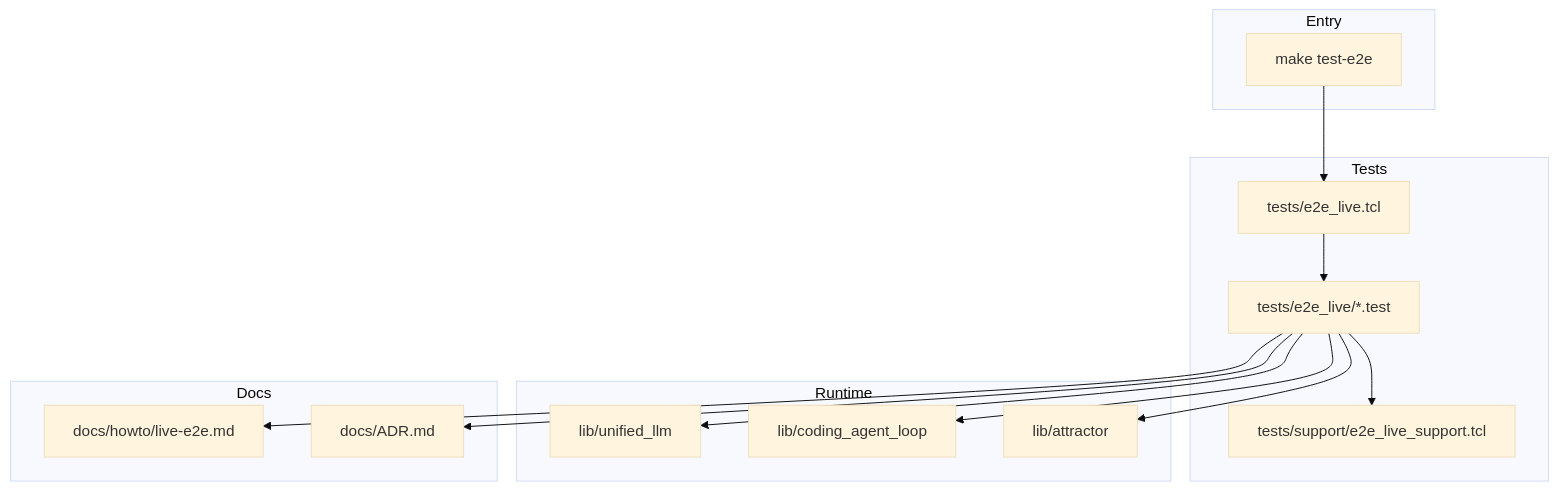
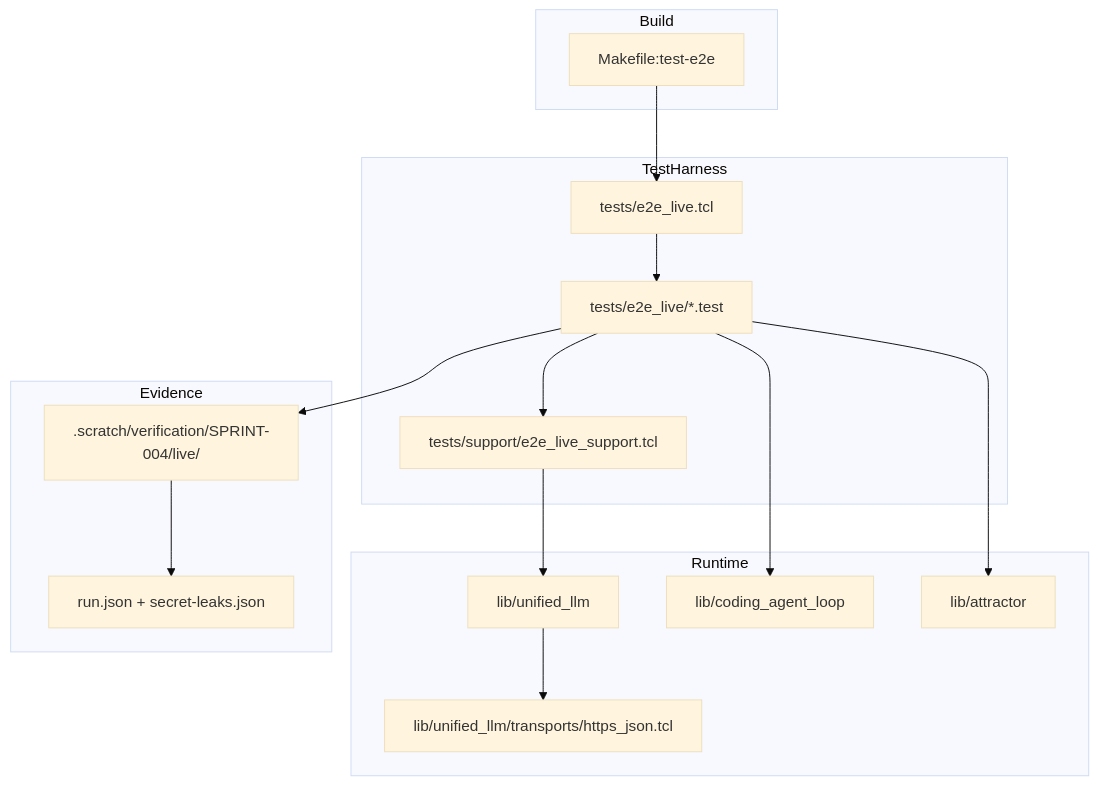
One commit to jaytaylor/attractor-tcl changed the fifth of 5 diagrams in docs/sprints/SPRINT-004-comprehensive-implementation-plan.md. Above: the diagram before and after it, drawn with Mermaid (base theme). The commit also changed other lines of this file, not shown here.

Commit message:
docs: sync sprint 004 comprehensive plan with final verification evidence

````diff
--- a/docs/sprints/SPRINT-004-comprehensive-implementation-plan.md
+++ b/docs/sprints/SPRINT-004-comprehensive-implementation-plan.md
@@ -856,31 +1167,34 @@
 ```mermaid
 flowchart TB
-  subgraph Entry
-    MAKE[make test-e2e]
+  subgraph Build
+    MAKE[Makefile:test-e2e]
   end
 
-  subgraph Tests
-    HARNESS[tests/e2e_live.tcl]
-    SUITE[tests/e2e_live/*.test]
+  subgraph TestHarness
+    ENTRY[tests/e2e_live.tcl]
+    LIVE[tests/e2e_live/*.test]
     SUPPORT[tests/support/e2e_live_support.tcl]
   end
 
   subgraph Runtime
     ULLM[lib/unified_llm]
+    TRANS[lib/unified_llm/transports/https_json.tcl]
     CAL[lib/coding_agent_loop]
-    ATR[lib/attractor]
+    ATTR[lib/attractor]
   end
 
-  subgraph Docs
-    HOWTO[docs/howto/live-e2e.md]
-    ADR[docs/ADR.md]
+  subgraph Evidence
+    RUNROOT[.scratch/verification/SPRINT-004/live/<run_id>]
+    REPORTS[run.json + secret-leaks.json]
   end
 
-  MAKE --> HARNESS --> SUITE
-  SUITE --> SUPPORT
-  SUITE --> ULLM
-  SUITE --> CAL
-  SUITE --> ATR
-  SUITE --> HOWTO
-  SUITE --> ADR
+  MAKE --> ENTRY
+  ENTRY --> LIVE
+  LIVE --> SUPPORT
+  SUPPORT --> ULLM
+  ULLM --> TRANS
+  LIVE --> CAL
+  LIVE --> ATTR
+  LIVE --> RUNROOT
+  RUNROOT --> REPORTS
 ```
````
